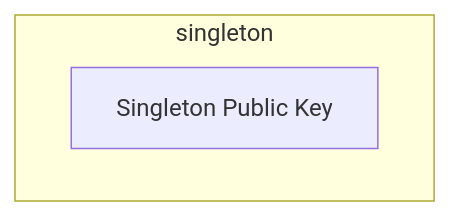
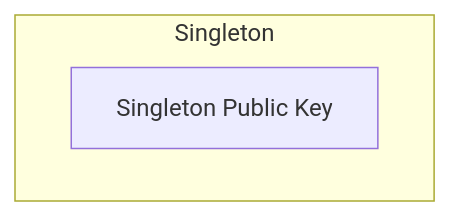
One commit to inkandswitch/keyhive changed the fourth of 7 diagrams in design/group_membership.md. Above: the diagram before and after it, drawn with Mermaid. The commit also changed other lines of this file, not shown here.

````diff
--- a/design/group_membership.md
+++ b/design/group_membership.md
@@ -206,6 +206,6 @@
 ```mermaid
 flowchart TB
-    subgraph singleton
+    subgraph Singleton
         _singletonPK["Singleton Public Key"]
     end
 ```
````
